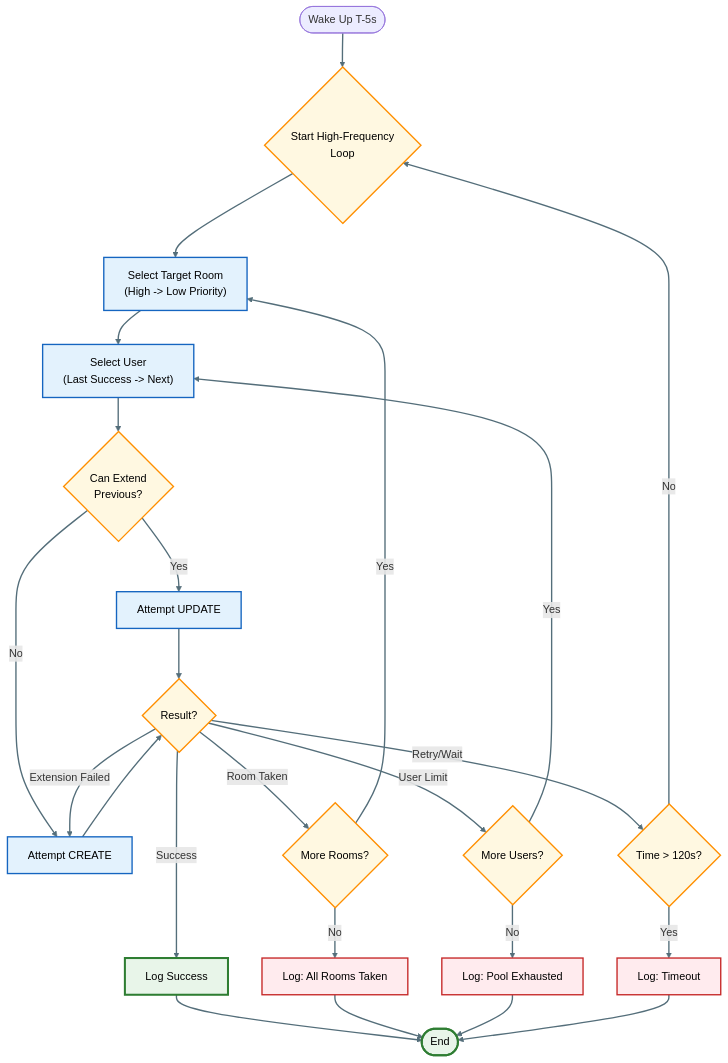
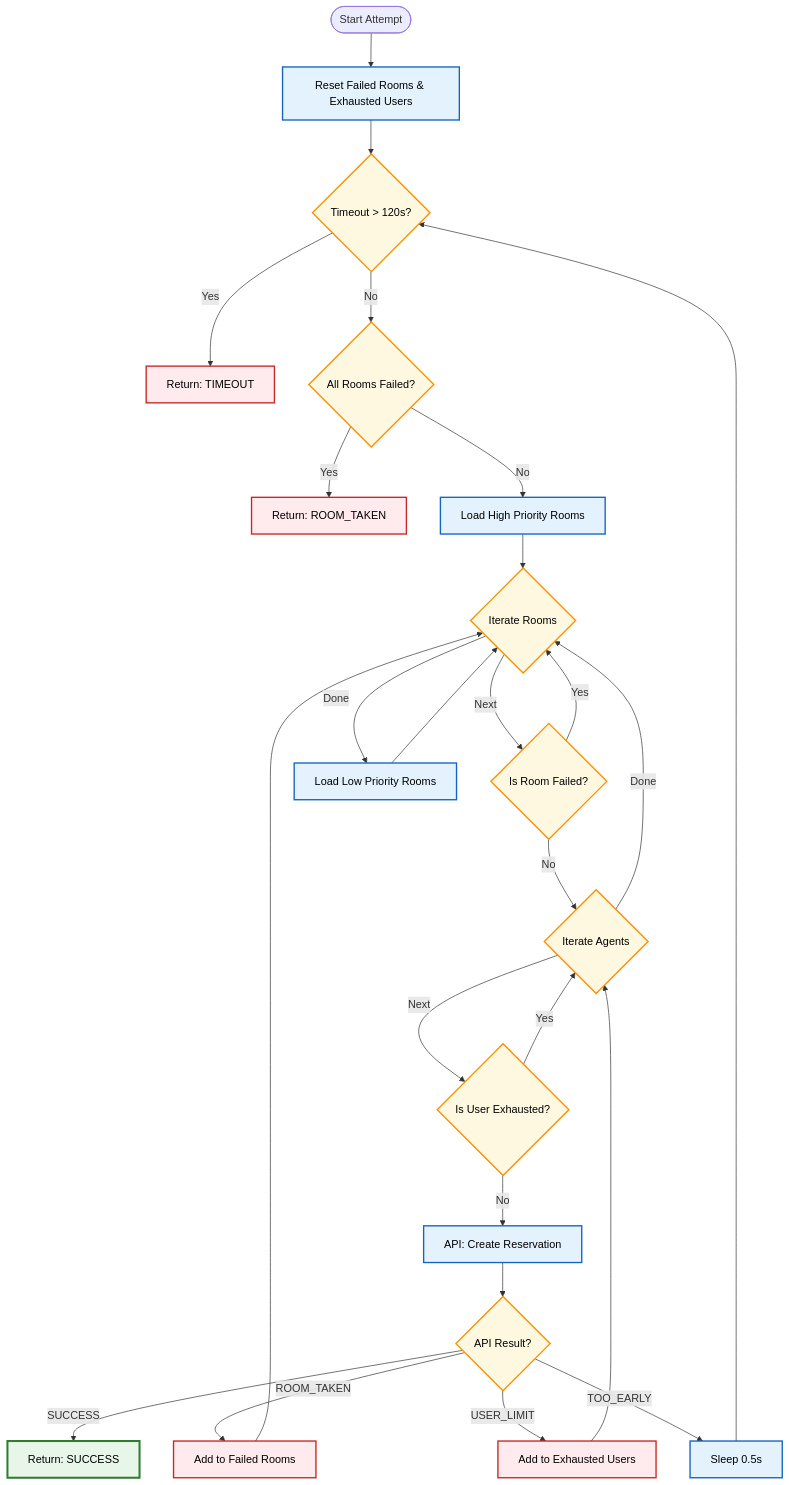
Before and after one commit to duck-5/BookingAgent: the second of 3 diagrams in docs/system_logic.md, drawn with Mermaid. The commit also changed other lines of this file and 5 other files, not shown here.

Commit message:
docs: update architecture and code structure documentation

````diff
--- a/docs/system_logic.md
+++ b/docs/system_logic.md
@@ -48,46 +95,43 @@
 ```mermaid
 flowchart TD
     %% --- STYLING ---
     classDef process fill:#E3F2FD,stroke:#1565C0,stroke-width:2px,color:#000;
     classDef decision fill:#FFF8E1,stroke:#FF8F00,stroke-width:2px,color:#000;
+    classDef fail fill:#FFEBEE,stroke:#C62828,stroke-width:2px,color:#000;
     classDef success fill:#E8F5E9,stroke:#2E7D32,stroke-width:3px,color:#000;
-    classDef fail fill:#FFEBEE,stroke:#C62828,stroke-width:2px,color:#000;
 
-    linkStyle default stroke:#546E7A,stroke-width:2px;
-
-    Start([Wake Up T-5s]) --> LoopStart{"Start High-Frequency<br/>Loop"}:::decision
-
-    LoopStart --> SelectRoom["Select Target Room<br/>(High -> Low Priority)"]:::process
+    Start([Start Attempt]) --> InitVars[Reset Failed Rooms & Exhausted Users]:::process
     
-    SelectRoom --> SelectUser["Select User<br/>(Last Success -> Next)"]:::process
+    InitVars --> TimeCheck{Timeout > 120s?}:::decision
+    TimeCheck -- Yes --> FailTime["Return: TIMEOUT"]:::fail
+    TimeCheck -- No --> CheckAllFailed{All Rooms Failed?}:::decision
     
-    SelectUser --> CheckExtension{"Can Extend<br/>Previous?"}:::decision
+    CheckAllFailed -- Yes --> FailAll["Return: ROOM_TAKEN"]:::fail
+    CheckAllFailed -- No --> BatchHigh["Load High Priority Rooms"]:::process
     
-    CheckExtension -- Yes --> AttemptExt["Attempt UPDATE"]:::process
-    CheckExtension -- No --> AttemptNew["Attempt CREATE"]:::process
+    BatchHigh --> LoopRooms{Iterate Rooms}:::decision
+    LoopRooms -- Next --> CheckFailedRoom{Is Room Failed?}:::decision
+    CheckFailedRoom -- Yes --> LoopRooms
+    CheckFailedRoom -- No --> LoopAgents{Iterate Agents}:::decision
     
-    AttemptExt --> Result{"Result?"}:::decision
-    AttemptNew --> Result
+    LoopAgents -- Next --> CheckExhausted{Is User Exhausted?}:::decision
+    CheckExhausted -- Yes --> LoopAgents
+    CheckExhausted -- No --> Attempt["API: Create Reservation"]:::process
     
-    %% --- SUCCESS ---
-    Result -- "Success" --> LogSuccess["Log Success"]:::success
-    LogSuccess --> End([End]):::success
-
-    %% --- FAILURES ---
-    Result -- "Room Taken" --> TryNextRoom{"More Rooms?"}:::decision
-    TryNextRoom -- Yes --> SelectRoom
-    TryNextRoom -- No --> FailSlot["Log: All Rooms Taken"]:::fail
-    FailSlot --> End
-
-    Result -- "User Limit" --> TryNextUser{"More Users?"}:::decision
-    TryNextUser -- Yes --> SelectUser
-    TryNextUser -- No --> FailUsers["Log: Pool Exhausted"]:::fail
-    FailUsers --> End
+    Attempt --> Result{"API Result?"}:::decision
     
-    Result -- "Extension Failed" --> AttemptNew
-
-    Result -- "Retry/Wait" --> TimeCheck{"Time > 120s?"}:::decision
-    TimeCheck -- No --> LoopStart
-    TimeCheck -- Yes --> FailTime["Log: Timeout"]:::fail
-    FailTime --> End
+    Result -- "SUCCESS" --> Success["Return: SUCCESS"]:::success
+    
+    Result -- "ROOM_TAKEN" --> MarkRoomFailed["Add to Failed Rooms"]:::fail
+    MarkRoomFailed --> LoopRooms
+    
+    Result -- "USER_LIMIT" --> MarkUserExhausted["Add to Exhausted Users"]:::fail
+    MarkUserExhausted --> LoopAgents
+    
+    Result -- "TOO_EARLY" --> Wait["Sleep 0.5s"]:::process
+    Wait --> TimeCheck
+    
+    LoopAgents -- Done --> LoopRooms
+    LoopRooms -- Done --> LoadLow[Load Low Priority Rooms]:::process
+    LoadLow --> LoopRooms
 ```
````
